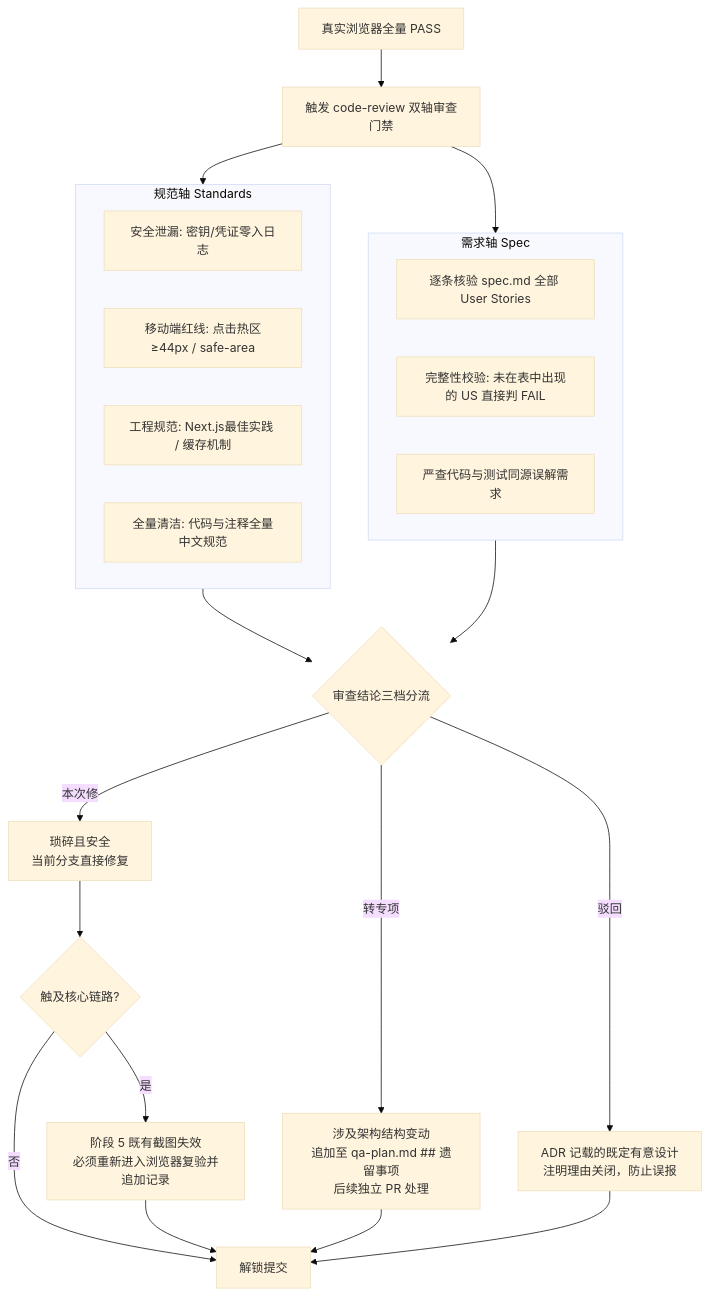
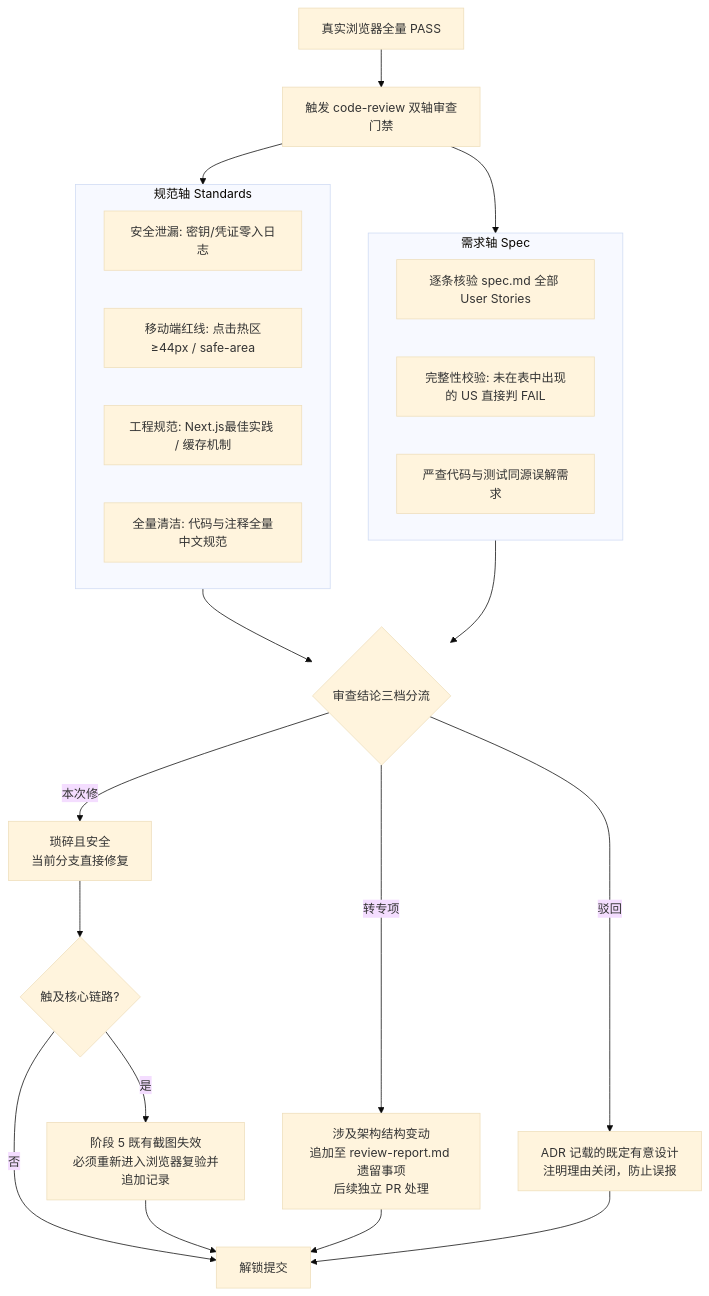
One commit to wxy-hh/ai-aggregation changed the eighth of 11 diagrams in docs/agents/qa-workflow-guide.md. Above: the diagram before and after it, drawn with Mermaid (base theme). The commit also changed other lines of this file and 27 other files, not shown here.

````diff
--- a/docs/agents/qa-workflow-guide.md
+++ b/docs/agents/qa-workflow-guide.md
@@ -818,32 +822,32 @@
 ```mermaid
 flowchart TD
     ReviewStart[真实浏览器全量 PASS] --> DualReview["触发 code-review 双轴审查门禁"]
     
     subgraph Axis_Standards [规范轴 Standards]
         S1[安全泄漏: 密钥/凭证零入日志]
         S2[移动端红线: 点击热区≥44px / safe-area]
         S3[工程规范: Next.js最佳实践 / 缓存机制]
         S4[全量清洁: 代码与注释全量中文规范]
     end
 
     subgraph Axis_Spec [需求轴 Spec]
         U1[逐条核验 spec.md 全部 User Stories]
         U2[完整性校验: 未在表中出现的 US 直接判 FAIL]
         U3[严查代码与测试同源误解需求]
     end
 
     DualReview --> Axis_Standards & Axis_Spec
     Axis_Standards & Axis_Spec --> Triage{审查结论三档分流}
 
     Triage -->|本次修| FixNow["琐碎且安全<br>当前分支直接修复"]
     FixNow --> CoreTouched{触及核心链路?}
     CoreTouched -->|是| ReVerify["阶段 5 既有截图失效<br>必须重新进入浏览器复验并追加记录"]
     CoreTouched -->|否| UnlockCommit[解锁提交]
     ReVerify --> UnlockCommit
 
-    Triage -->|转专项| Backlog["涉及架构结构变动<br>追加至 qa-plan.md ## 遗留事项<br>后续独立 PR 处理"]
+    Triage -->|转专项| Backlog["涉及架构结构变动<br>追加至 review-report.md 遗留事项<br>后续独立 PR 处理"]
     Backlog --> UnlockCommit
 
     Triage -->|驳回| Reject["ADR 记载的既定有意设计<br>注明理由关闭，防止误报"]
     Reject --> UnlockCommit
 ```
````
